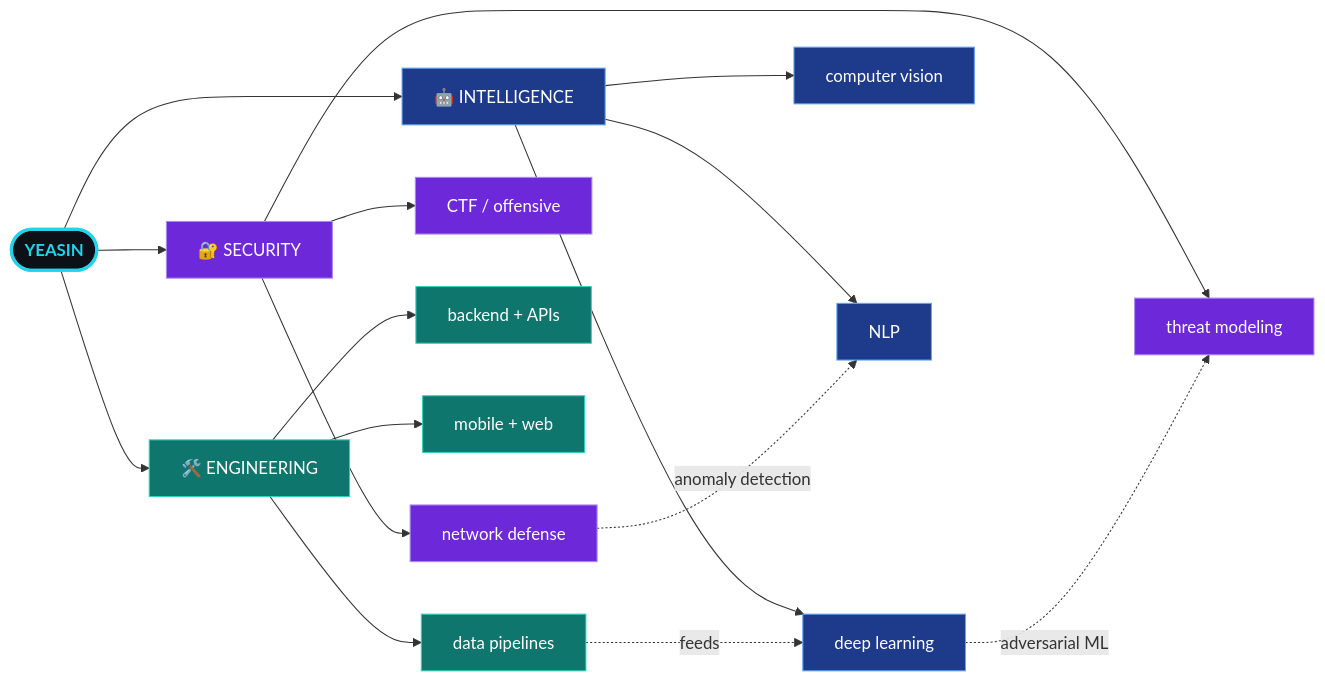
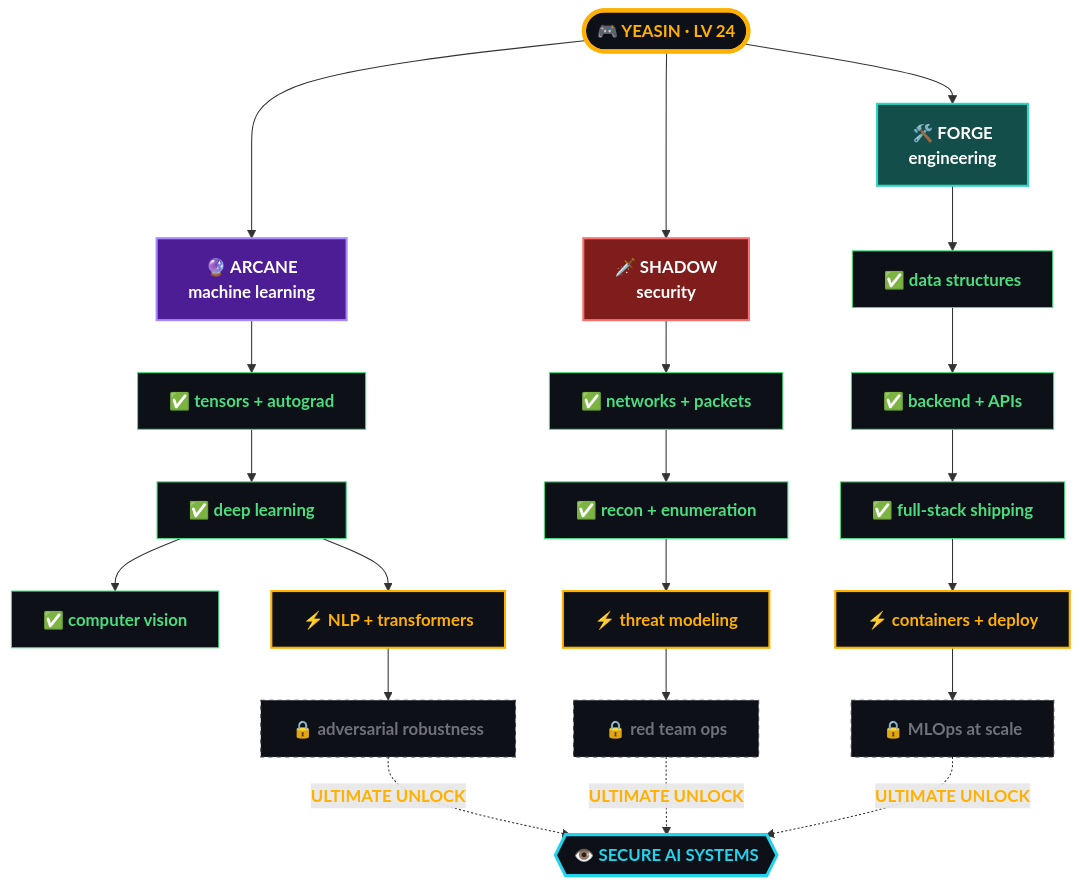
One commit to CodeWithYeasin/CodeWithYeasin changed the diagram in README.md. Above: the diagram before and after it, drawn with Mermaid. The commit also changed other lines of this file and 10 other files, not shown here.

````diff
--- a/README.md
+++ b/README.md
@@ -167,29 +113,38 @@
 ```mermaid
-flowchart LR
-    Y([ YEASIN ]):::core
+flowchart TD
+    ROOT([ 🎮 YEASIN · LV 24 ]):::root
 
-    Y --> AI[ 🤖 INTELLIGENCE ]:::ai
-    Y --> SEC[ 🔐 SECURITY ]:::sec
-    Y --> ENG[ 🛠️ ENGINEERING ]:::eng
+    ROOT --> AI[ 🔮 ARCANE<br/>machine learning ]:::t1
+    ROOT --> SEC[ 🗡️ SHADOW<br/>security ]:::t2
+    ROOT --> ENG[ 🛠️ FORGE<br/>engineering ]:::t3
 
-    AI --> A1[ deep learning ]:::ai
-    AI --> A2[ computer vision ]:::ai
-    AI --> A3[ NLP ]:::ai
+    AI --> A1[ ✅ tensors + autograd ]:::done
+    A1 --> A2[ ✅ deep learning ]:::done
+    A2 --> A3[ ✅ computer vision ]:::done
+    A2 --> A4[ ⚡ NLP + transformers ]:::active
+    A4 --> A5[ 🔒 adversarial robustness ]:::locked
 
-    SEC --> S1[ threat modeling ]:::sec
-    SEC --> S2[ network defense ]:::sec
-    SEC --> S3[ CTF / offensive ]:::sec
+    SEC --> S1[ ✅ networks + packets ]:::done
+    S1 --> S2[ ✅ recon + enumeration ]:::done
+    S2 --> S3[ ⚡ threat modeling ]:::active
+    S3 --> S4[ 🔒 red team ops ]:::locked
 
-    ENG --> E1[ backend + APIs ]:::eng
-    ENG --> E2[ mobile + web ]:::eng
-    ENG --> E3[ data pipelines ]:::eng
+    ENG --> E1[ ✅ data structures ]:::done
+    E1 --> E2[ ✅ backend + APIs ]:::done
+    E2 --> E3[ ✅ full-stack shipping ]:::done
+    E3 --> E4[ ⚡ containers + deploy ]:::active
+    E4 --> E5[ 🔒 MLOps at scale ]:::locked
 
-    A1 -.adversarial ML.-> S1
-    S2 -.anomaly detection.-> A3
-    E3 -.feeds.-> A1
+    A5 -.->|ULTIMATE UNLOCK| ULT{{ 👁️ SECURE AI SYSTEMS }}:::ult
+    S4 -.->|ULTIMATE UNLOCK| ULT
+    E5 -.->|ULTIMATE UNLOCK| ULT
 
-    classDef core fill:#0D1117,stroke:#22D3EE,stroke-width:3px,color:#22D3EE,font-weight:bold
-    classDef ai fill:#1E3A8A,stroke:#60A5FA,stroke-width:1px,color:#FFFFFF
-    classDef sec fill:#6D28D9,stroke:#A78BFA,stroke-width:1px,color:#FFFFFF
-    classDef eng fill:#0F766E,stroke:#2DD4BF,stroke-width:1px,color:#FFFFFF
+    classDef root fill:#0D1117,stroke:#FFB000,stroke-width:4px,color:#FFB000,font-weight:bold
+    classDef t1 fill:#4C1D95,stroke:#A78BFA,stroke-width:2px,color:#FFFFFF,font-weight:bold
+    classDef t2 fill:#7F1D1D,stroke:#F87171,stroke-width:2px,color:#FFFFFF,font-weight:bold
+    classDef t3 fill:#134E4A,stroke:#2DD4BF,stroke-width:2px,color:#FFFFFF,font-weight:bold
+    classDef done fill:#0D1117,stroke:#4ADE80,stroke-width:1px,color:#4ADE80
+    classDef active fill:#0D1117,stroke:#FFB000,stroke-width:2px,color:#FFB000,font-weight:bold
+    classDef locked fill:#0D1117,stroke:#3F3F46,stroke-width:1px,color:#71717A,stroke-dasharray: 4 4
+    classDef ult fill:#0D1117,stroke:#22D3EE,stroke-width:3px,color:#22D3EE,font-weight:bold
 ```
````
